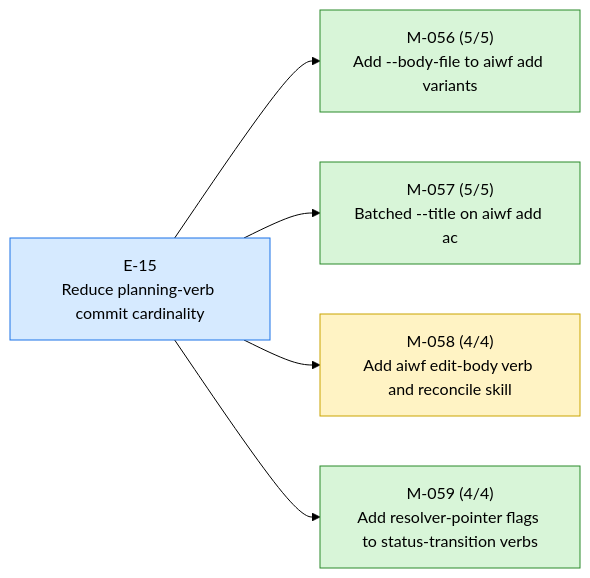
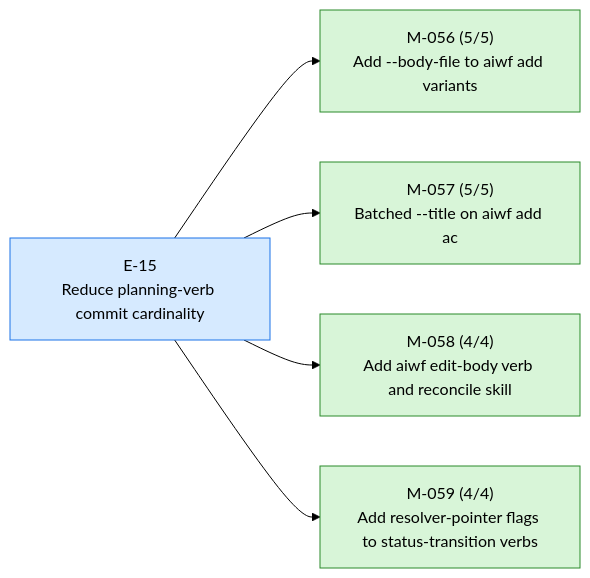
One commit to 23min/aiwf changed the first of 3 diagrams in STATUS.md. Above: the diagram before and after it, drawn with Mermaid (forest theme). The commit also changed other lines of this file and 1 other file, not shown here.

First line of the commit message:
aiwf promote M-058 in_progress -> done

````diff
--- a/STATUS.md
+++ b/STATUS.md
@@ -14,18 +14,18 @@
 ```mermaid
 flowchart LR
   E_15["E-15<br/>Reduce planning-verb commit cardinality"]:::epic_active
   M_056["M-056 (5/5)<br/>Add --body-file to aiwf add variants"]:::ms_done
   E_15 --> M_056
   M_057["M-057 (5/5)<br/>Batched --title on aiwf add ac"]:::ms_done
   E_15 --> M_057
-  M_058["M-058 (4/4)<br/>Add aiwf edit-body verb and reconcile skill"]:::ms_in_progress
+  M_058["M-058 (4/4)<br/>Add aiwf edit-body verb and reconcile skill"]:::ms_done
   E_15 --> M_058
   M_059["M-059 (4/4)<br/>Add resolver-pointer flags to status-transition verbs"]:::ms_done
   E_15 --> M_059
   classDef epic_active fill:#d6eaff,stroke:#1a73e8,color:#000
   classDef epic_proposed fill:#f4f4f4,stroke:#888,color:#000
   classDef ms_done fill:#d8f5d8,stroke:#2a8a2a,color:#000
   classDef ms_in_progress fill:#fff3c4,stroke:#caa400,color:#000
   classDef ms_draft fill:#f4f4f4,stroke:#888,color:#000
   classDef ms_cancelled fill:#fbeaea,stroke:#c33,color:#000
 ```
````
